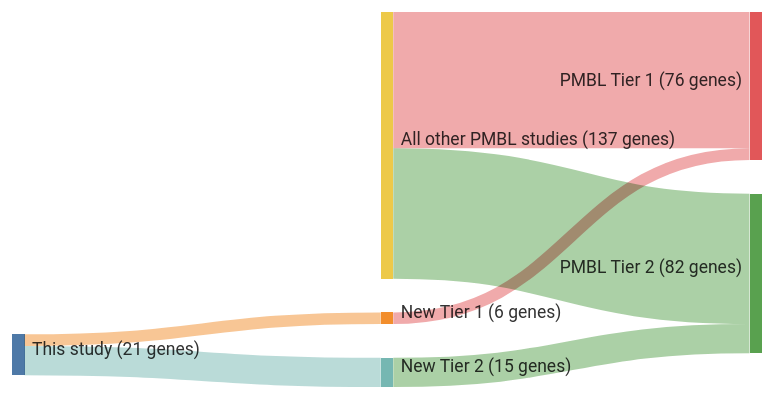
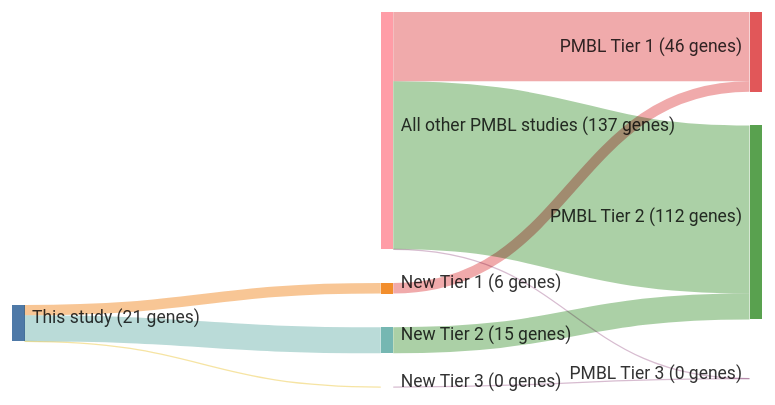
Before and after one commit to morinlab/lymphopedia: the diagram in papers/mottokIntegrativeGenomicAnalysis2019.md, drawn with Mermaid. The commit also changed other lines of this file and 81 other files, not shown here.

````diff
--- a/papers/mottokIntegrativeGenomicAnalysis2019.md
+++ b/papers/mottokIntegrativeGenomicAnalysis2019.md
@@ -12,20 +12,23 @@
 ```mermaid
 ---
 config:
     sankey:
         showValues: true
         linkColor: target
         width: 600
         height: 300
         nodeAlignment: right
         prefix: '('
         suffix: ' genes)'
 ---
 sankey-beta
 This study, New Tier 1, 6
 New Tier 1, PMBL Tier 1, 6
 This study, New Tier 2, 15
 New Tier 2, PMBL Tier 2, 15
-All other PMBL studies, PMBL Tier 1, 70
-All other PMBL studies, PMBL Tier 2, 67
+This study, New Tier 3, 0
+New Tier 3, PMBL Tier 3, 0
+All other PMBL studies, PMBL Tier 1, 40
+All other PMBL studies, PMBL Tier 2, 97
+All other PMBL studies, PMBL Tier 3, 0
 ```
````
